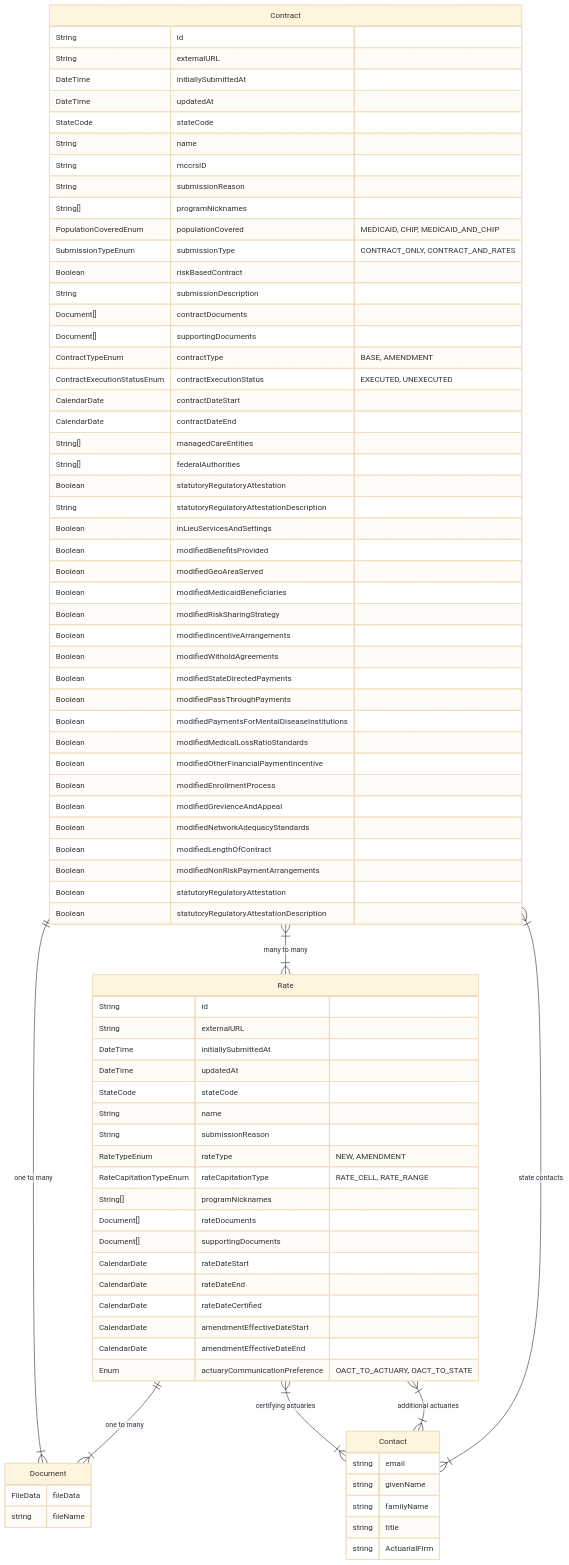
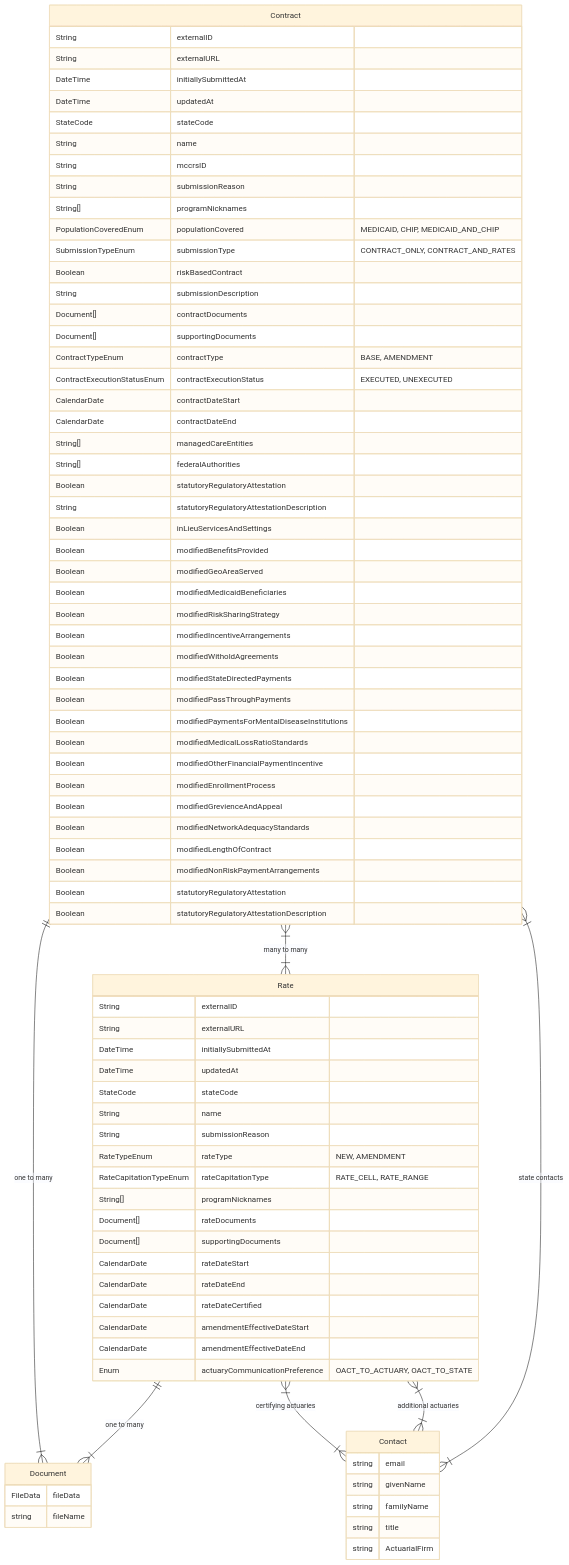
Before and after one commit to Enterprise-CMCS/managed-care-review: the diagram in docs/contract-rate-non-revision-design.md, drawn with Mermaid (base theme).

```diff
--- a/docs/contract-rate-non-revision-design.md
+++ b/docs/contract-rate-non-revision-design.md
@@ -6,7 +6,7 @@
 erDiagram
 
 Contract {
-    String id
+    String externalID
     String externalURL
     DateTime initiallySubmittedAt
     DateTime updatedAt
@@ -54,7 +54,7 @@
 }
 
 Rate {
-    String id
+    String externalID
     String externalURL
     DateTime initiallySubmittedAt
     DateTime updatedAt
```
